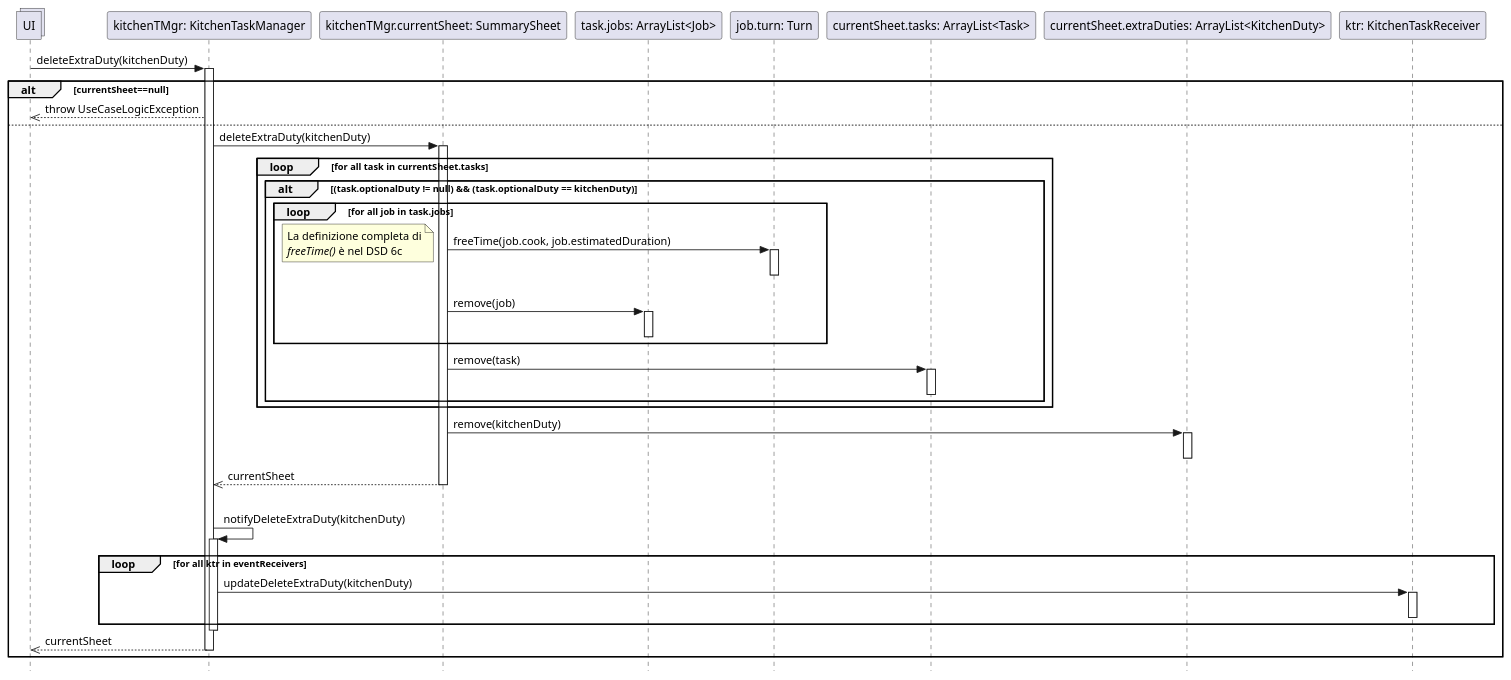
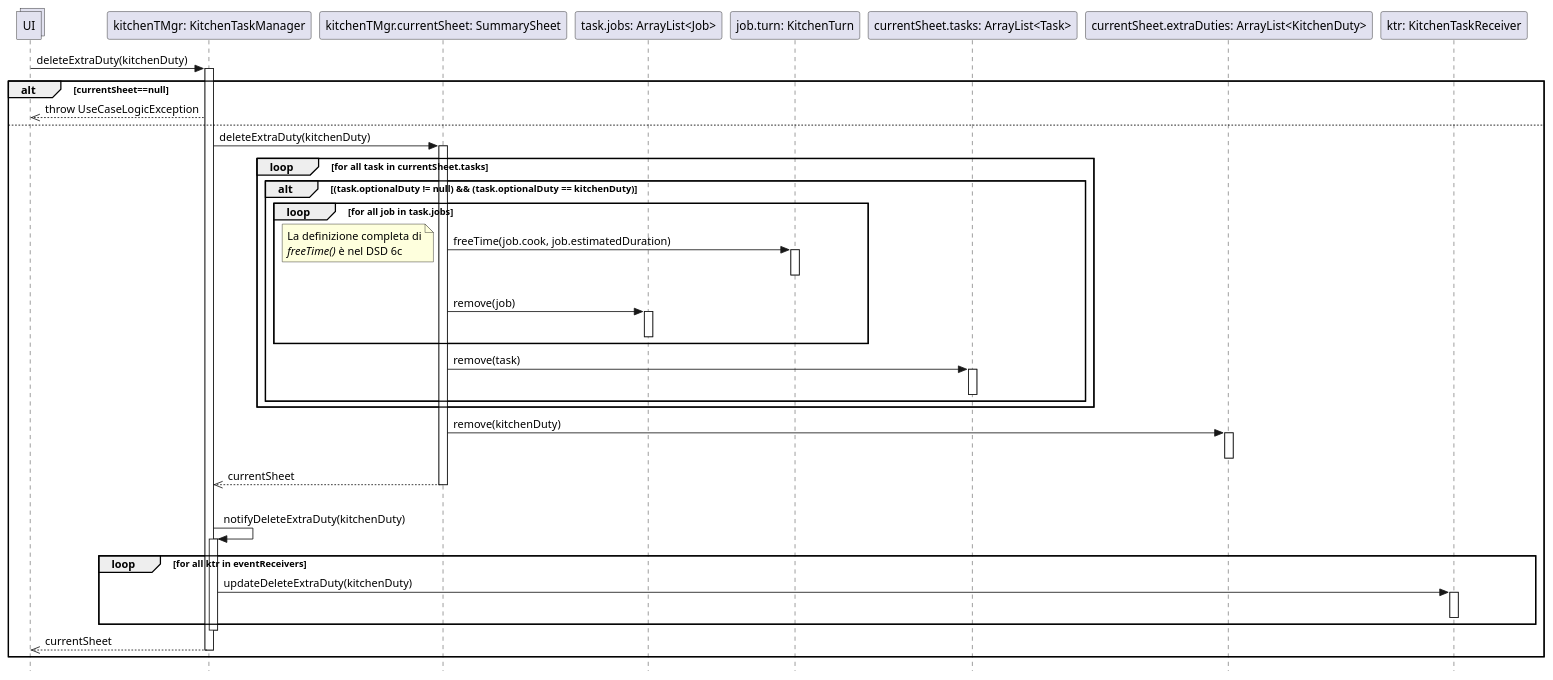
One commit to stefa168/sas-project changed the diagram in Progettazione/UC Gestire Compiti Cucina/DSD/DSD Operazione 2a.1.puml. Above: the diagram before and after it, drawn with PlantUML. The commit also changed 9 other files, not shown here.

Commit message:
Adattati tutti i riferimenti a Turn e Job che ora sono KitchenTurn e KitchenJob

```diff
--- a/Progettazione/UC Gestire Compiti Cucina/DSD/DSD Operazione 2a.1.puml
+++ b/Progettazione/UC Gestire Compiti Cucina/DSD/DSD Operazione 2a.1.puml
@@ -1,65 +1,65 @@
 @startuml Operazione 2a.1
 skinparam Style strictuml
 
 collections UI
 
 participant "kitchenTMgr: KitchenTaskManager" as ktm
 UI -> ktm: deleteExtraDuty(kitchenDuty)
 activate ktm
 
 alt currentSheet==null
     UI <<-- ktm: throw UseCaseLogicException
 else
     participant "kitchenTMgr.currentSheet: SummarySheet" as ss
     ktm -> ss: deleteExtraDuty(kitchenDuty)
     activate ss
 
     loop for all task in currentSheet.tasks
         alt (task.optionalDuty != null) && (task.optionalDuty == kitchenDuty)
             loop for all job in task.jobs
                 participant "task.jobs: ArrayList<Job>" as j
-                participant "job.turn: Turn" as jobTurn
+                participant "job.turn: KitchenTurn" as jobKitchenTurn
 
-                ss -> jobTurn: freeTime(job.cook, job.estimatedDuration)
+                ss -> jobKitchenTurn: freeTime(job.cook, job.estimatedDuration)
                 note left: La definizione completa di\n//freeTime()// è nel DSD 6c
-                activate jobTurn
-                deactivate jobTurn
+                activate jobKitchenTurn
+                deactivate jobKitchenTurn
 
                 ss -> j: remove(job)
                 activate j
                 deactivate j
             end
 
             participant "currentSheet.tasks: ArrayList<Task>" as tasks
             ss -> tasks: remove(task)
             activate tasks
             deactivate tasks
         end
     end
     
     participant "currentSheet.extraDuties: ArrayList<KitchenDuty>" as kdList
     ss -> kdList: remove(kitchenDuty)
     activate kdList
     deactivate kdList
     
     ktm <<-- ss: currentSheet
     deactivate ss
 
     participant "ktr: KitchenTaskReceiver" as ktr
     |||
     ktm -> ktm: notifyDeleteExtraDuty(kitchenDuty)
         activate ktm
     loop for all ktr in eventReceivers
         ktm -> ktr : updateDeleteExtraDuty(kitchenDuty)
         activate ktr
         deactivate ktr
     end
     deactivate ktm
 
     UI <<-- ktm : currentSheet
     deactivate ktm
 
     
 end
 
 @enduml
```
